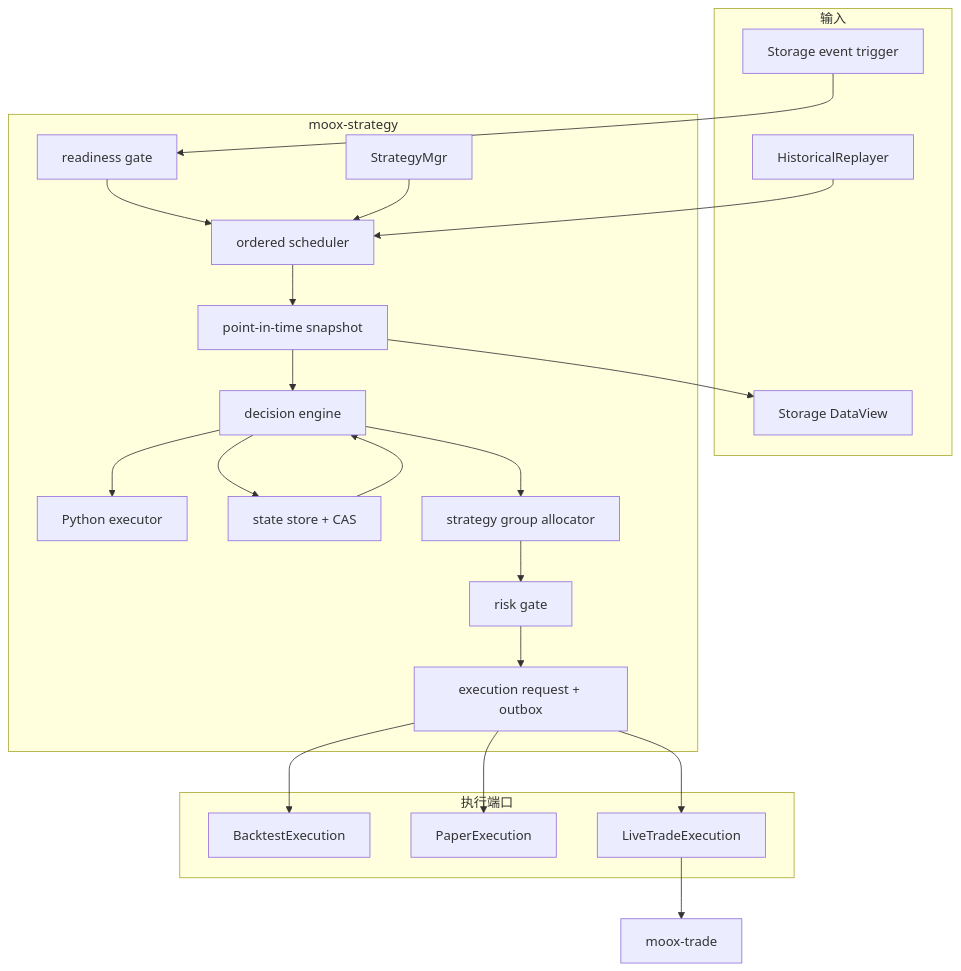
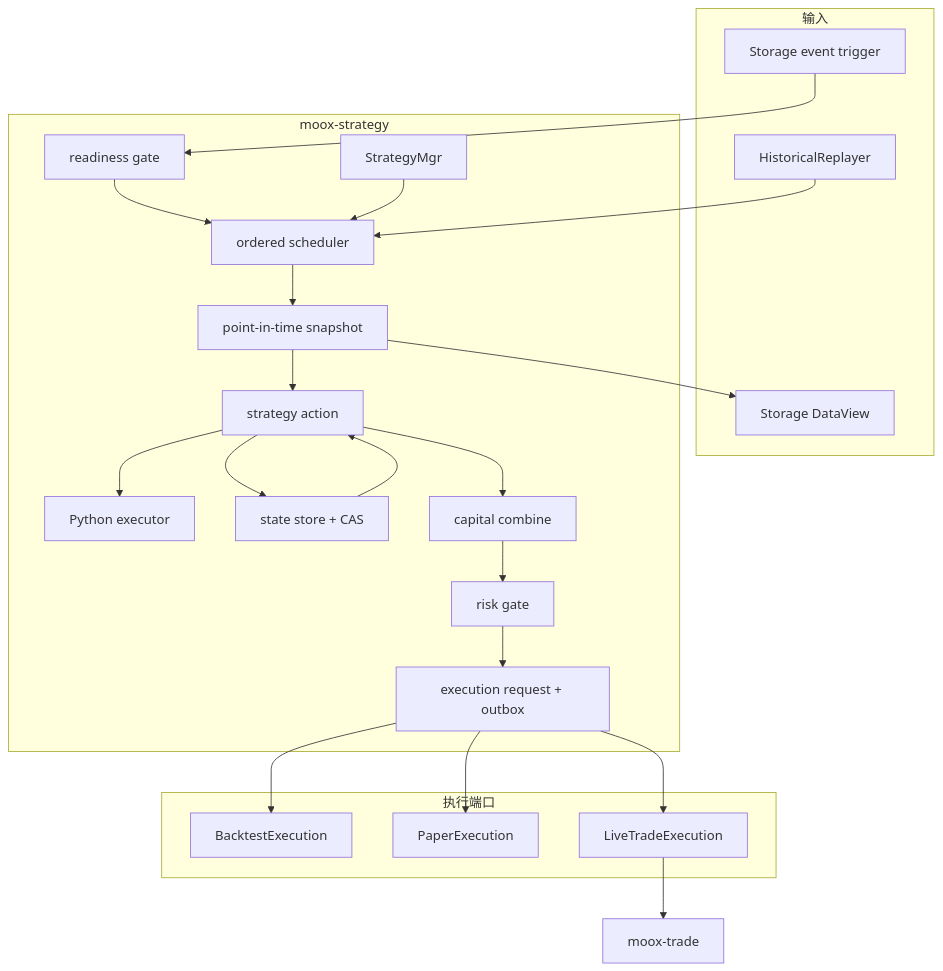
One commit to mooyang-code/moox changed the second of 2 diagrams in docs/策略模块架构设计.md. Above: the diagram before and after it, drawn with Mermaid. The commit also changed other lines of this file and 1 other file, not shown here.

First line of the commit message:
docs(strategy): simplify contract terminology

````diff
--- a/docs/策略模块架构设计.md
+++ b/docs/策略模块架构设计.md
@@ -132,40 +132,40 @@
 ```mermaid
 flowchart TB
   subgraph input["输入"]
     Replay["HistoricalReplayer"]
     Trigger["Storage event trigger"]
     View["Storage DataView"]
   end
 
   subgraph strategy["moox-strategy"]
     Ready["readiness gate"]
     Scheduler["ordered scheduler"]
     Snapshot["point-in-time snapshot"]
-    Decision["decision engine"]
+    Action["strategy action"]
     Engine["Python executor"]
     State["state store + CAS"]
-    Allocator["strategy group allocator"]
+    Combine["capital combine"]
     Risk["risk gate"]
     Intent["execution request + outbox"]
     RPC["StrategyMgr"]
   end
 
   subgraph execution["执行端口"]
     Backtest["BacktestExecution"]
     Paper["PaperExecution"]
     Live["LiveTradeExecution"]
   end
 
   Replay --> Scheduler
   Trigger --> Ready --> Scheduler
   Scheduler --> Snapshot --> View
-  Snapshot --> Decision --> Engine
-  State --> Decision
-  Decision --> State
-  Decision --> Allocator --> Risk --> Intent
+  Snapshot --> Action --> Engine
+  State --> Action
+  Action --> State
+  Action --> Combine --> Risk --> Intent
   Intent --> Backtest
   Intent --> Paper
   Intent --> Live
   Live --> Trade["moox-trade"]
   RPC --> Scheduler
 ```
````
